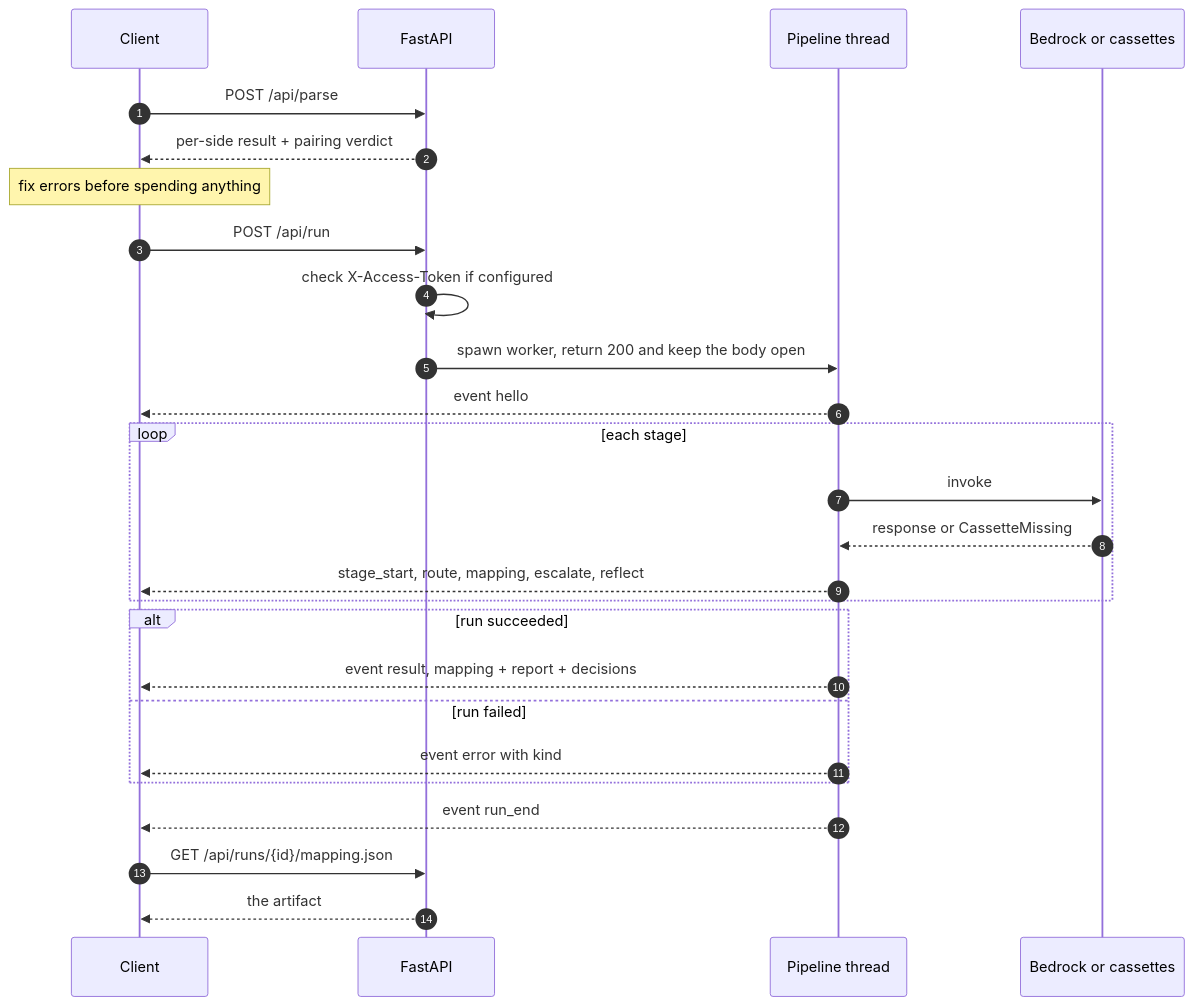
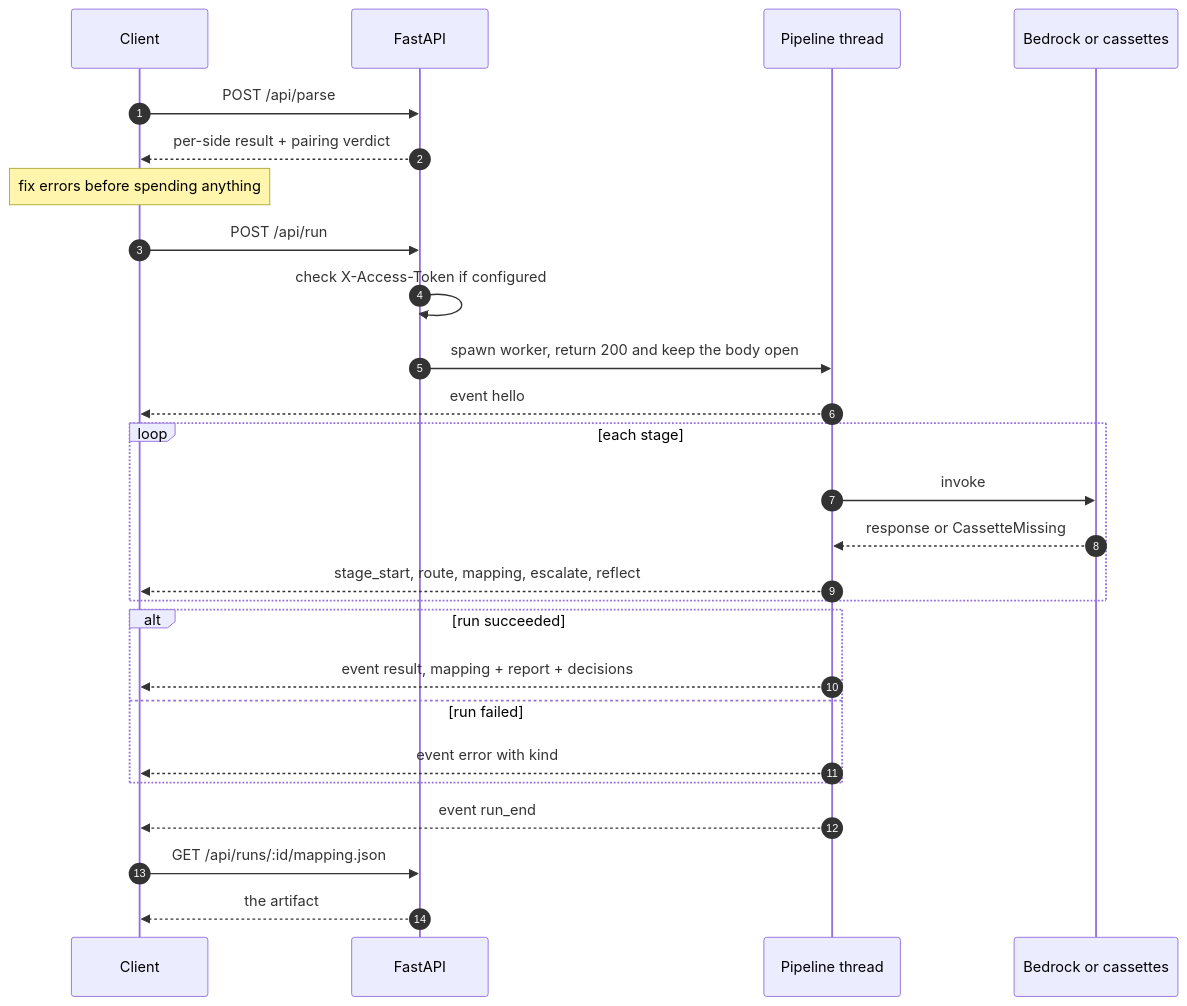
Before and after one commit to Raviteja-Ainampudi/schema_field_mapper: the second of 2 diagrams in docs/API.md, drawn with Mermaid. The commit also changed other lines of this file and 9 other files, not shown here.

First line of the commit message:
Refactor and enhance documentation for schema mapping tool

````diff
--- a/docs/API.md
+++ b/docs/API.md
@@ -44,29 +44,29 @@
 ```mermaid
 sequenceDiagram
     autonumber
     participant C as Client
     participant A as FastAPI
     participant P as Pipeline thread
     participant M as Bedrock or cassettes
 
     C->>A: POST /api/parse
     A-->>C: per-side result + pairing verdict
     Note over C: fix errors before spending anything
     C->>A: POST /api/run
     A->>A: check X-Access-Token if configured
     A->>P: spawn worker, return 200 and keep the body open
     P-->>C: event hello
     loop each stage
         P->>M: invoke
         M-->>P: response or CassetteMissing
         P-->>C: stage_start, route, mapping, escalate, reflect
     end
     alt run succeeded
         P-->>C: event result, mapping + report + decisions
     else run failed
         P-->>C: event error with kind
     end
     P-->>C: event run_end
-    C->>A: GET /api/runs/{id}/mapping.json
+    C->>A: GET /api/runs/:id/mapping.json
     A-->>C: the artifact
 ```
````
